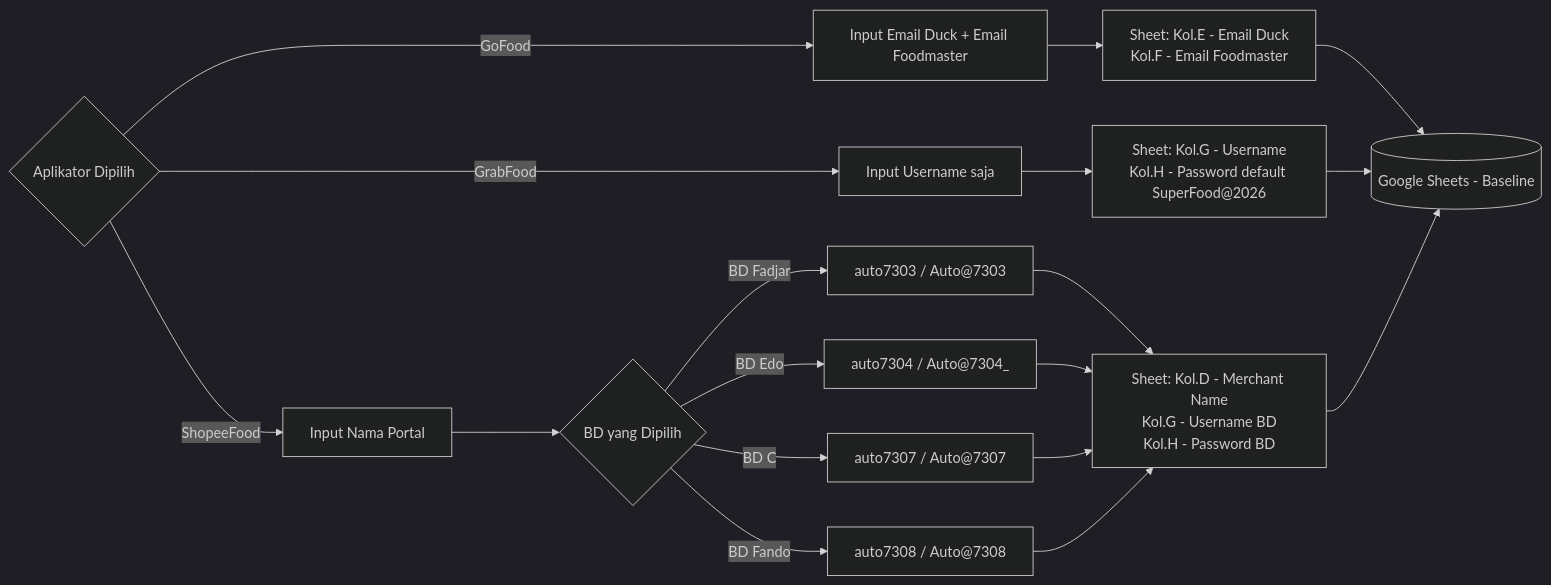
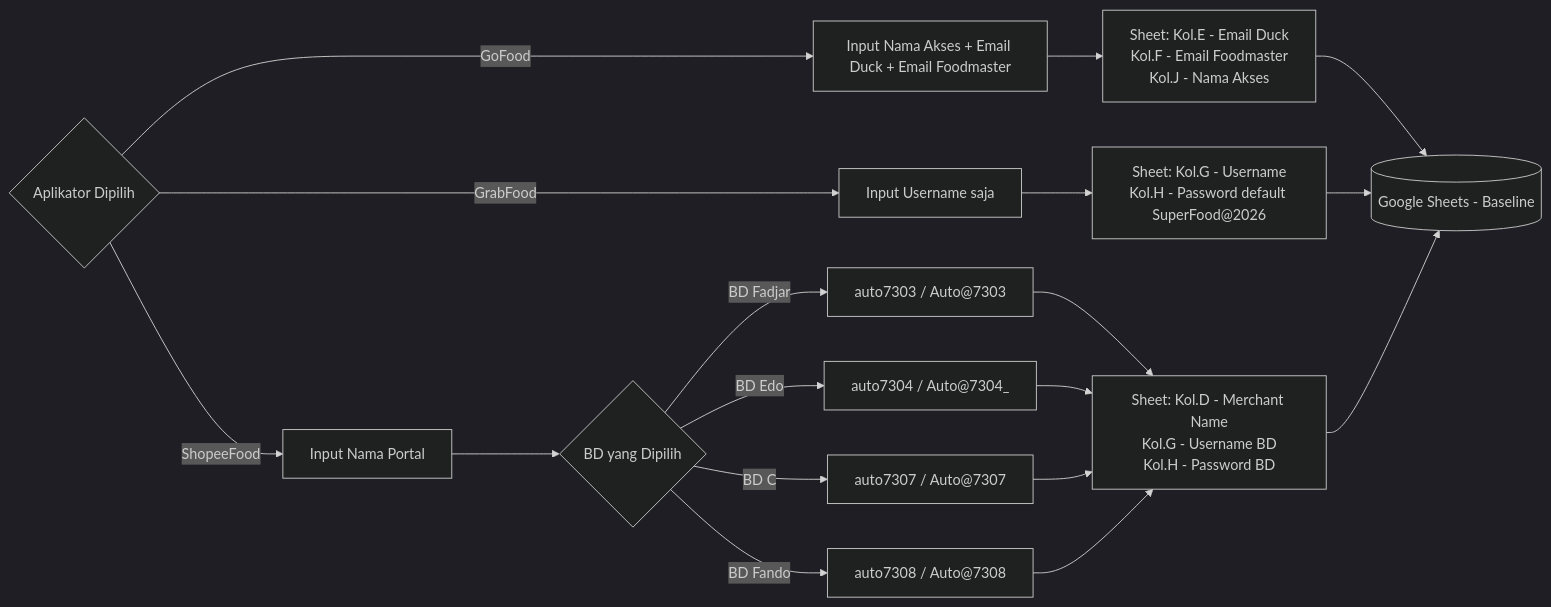
The second of 3 diagrams in README.md (superfoodtechid/website-form), drawn with Mermaid (dark theme) before and after one commit. The commit also changed other lines of this file and 1 other file, not shown here.

````diff
--- a/README.md
+++ b/README.md
@@ -35,25 +35,25 @@
 ```mermaid
 flowchart LR
     APP{Aplikator Dipilih}
 
-    APP -- GoFood --> GF[Input Email Duck + Email Foodmaster]
-    GF --> GF_OUT["Sheet: Kol.E - Email Duck\nKol.F - Email Foodmaster"]
+    APP -- GoFood --> GF[Input Nama Akses + Email Duck + Email Foodmaster]
+    GF --> GF_OUT["Sheet: Kol.E - Email Duck\nKol.F - Email Foodmaster\nKol.J - Nama Akses"]
 
     APP -- GrabFood --> GR[Input Username saja]
     GR --> GR_OUT["Sheet: Kol.G - Username\nKol.H - Password default SuperFood@2026"]
 
     APP -- ShopeeFood --> SH[Input Nama Portal]
     SH --> BD{BD yang Dipilih}
     BD -- BD Fadjar --> SH_A[auto7303 / Auto@7303]
     BD -- BD Edo --> SH_B[auto7304 / Auto@7304_]
     BD -- BD C --> SH_C[auto7307 / Auto@7307]
     BD -- BD Fando --> SH_D[auto7308 / Auto@7308]
     SH_A --> SH_OUT["Sheet: Kol.D - Merchant Name\nKol.G - Username BD\nKol.H - Password BD"]
     SH_B --> SH_OUT
     SH_C --> SH_OUT
     SH_D --> SH_OUT
 
     GF_OUT --> SHEET[(Google Sheets - Baseline)]
     GR_OUT --> SHEET
     SH_OUT --> SHEET
 ```
````
